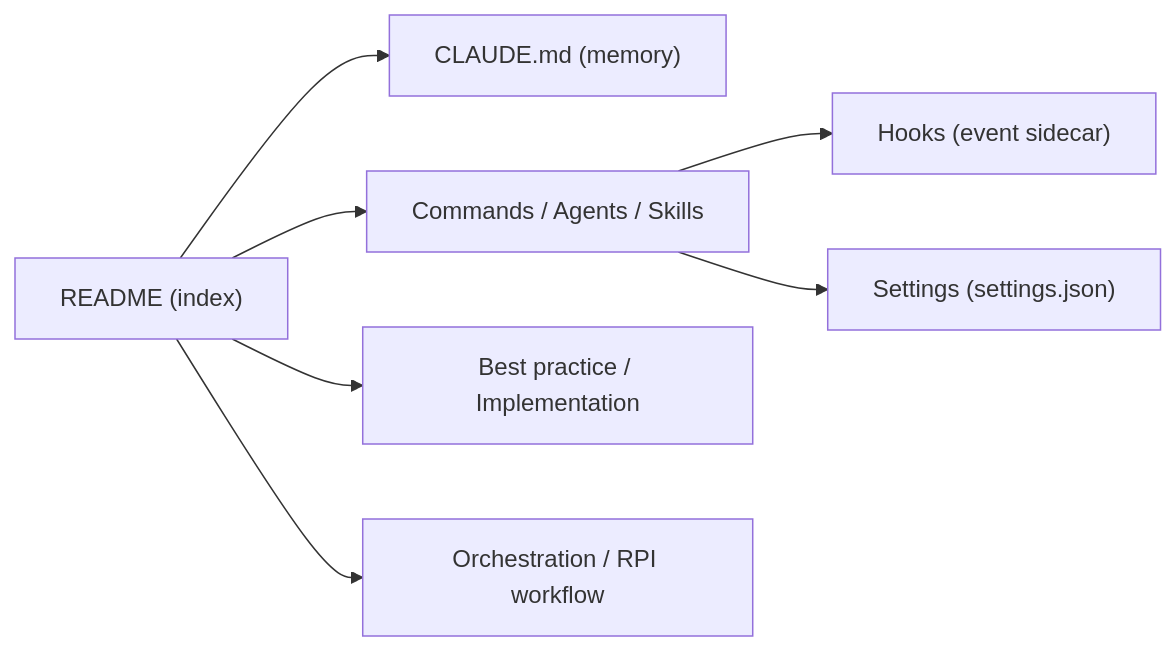
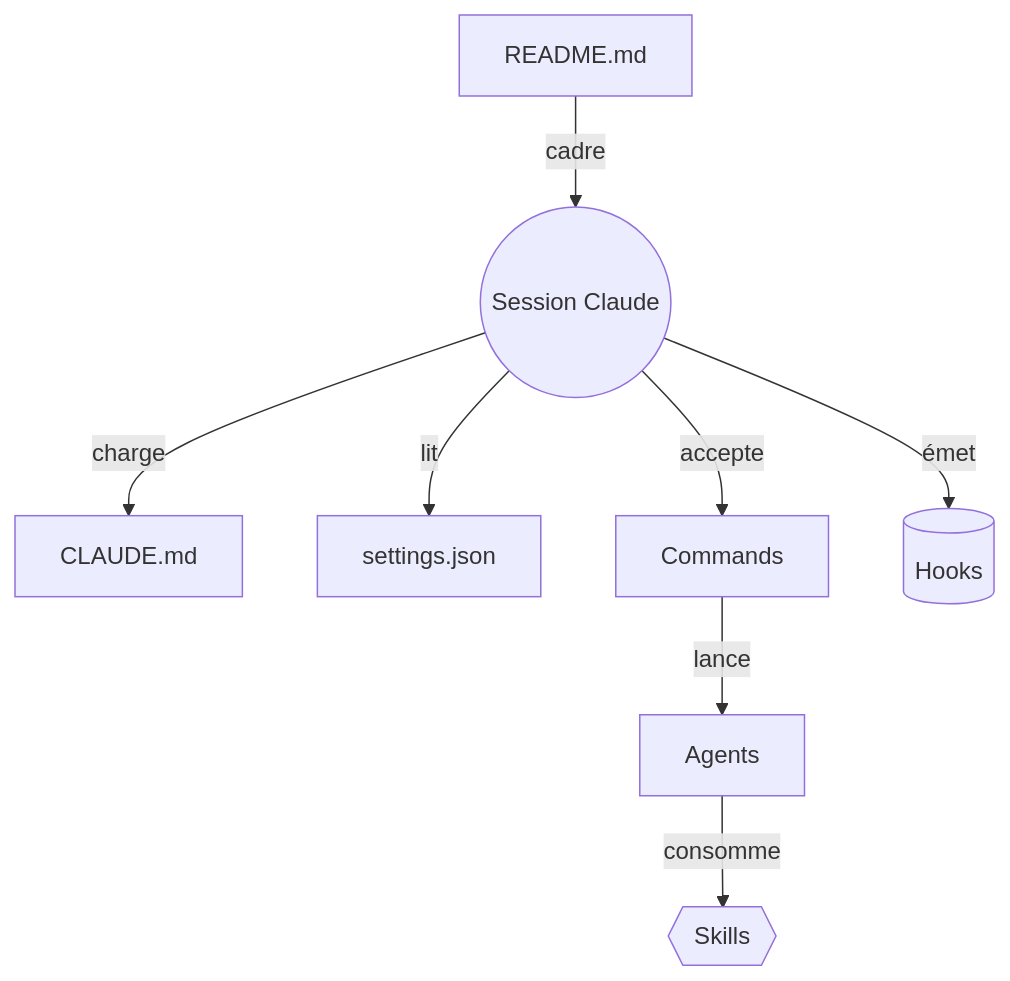
Before and after one commit to floSa/Veille-Repo: the diagram in veille/.data/fiches/shanraisshan__claude-code-best-practice.md, drawn with Mermaid. The commit also changed other lines of this file and 1330 other files, not shown here.

First line of the commit message:
Mise à jour du catalogue : 7723 fiches, 7291 diagrammes

````diff
--- a/veille/.data/fiches/shanraisshan__claude-code-best-practice.md
+++ b/veille/.data/fiches/shanraisshan__claude-code-best-practice.md
@@ -27,9 +27,10 @@
 ```mermaid
-flowchart LR
-  A["README (index)"] --> B["CLAUDE.md (memory)"]
-  A --> C["Commands / Agents / Skills"]
-  C --> D["Hooks (event sidecar)"]
-  A --> E["Best practice / Implementation"]
-  A --> F["Orchestration / RPI workflow"]
-  C --> G["Settings (settings.json)"]
+flowchart TD
+  readme["README.md"] -->|"cadre"| sess(("Session Claude"))
+  sess -->|"charge"| mem["CLAUDE.md"]
+  sess -->|"lit"| set["settings.json"]
+  sess -->|"accepte"| cmd["Commands"]
+  cmd -->|"lance"| ag["Agents"]
+  ag -->|"consomme"| sk{{"Skills"}}
+  sess -->|"émet"| hk[("Hooks")]
 ```
````
